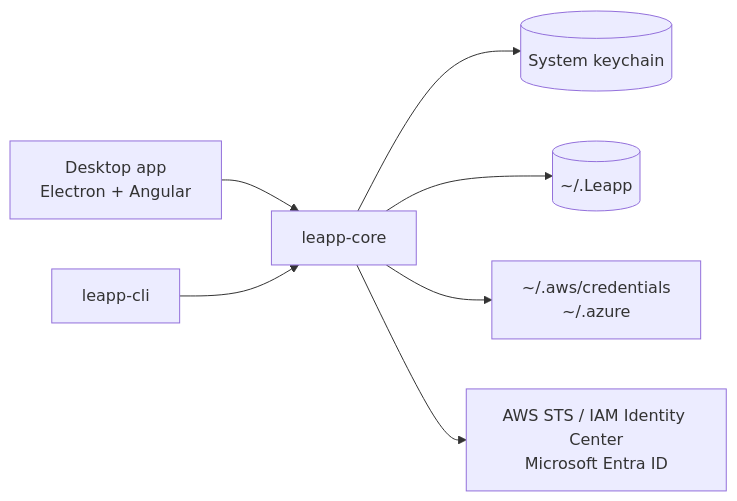
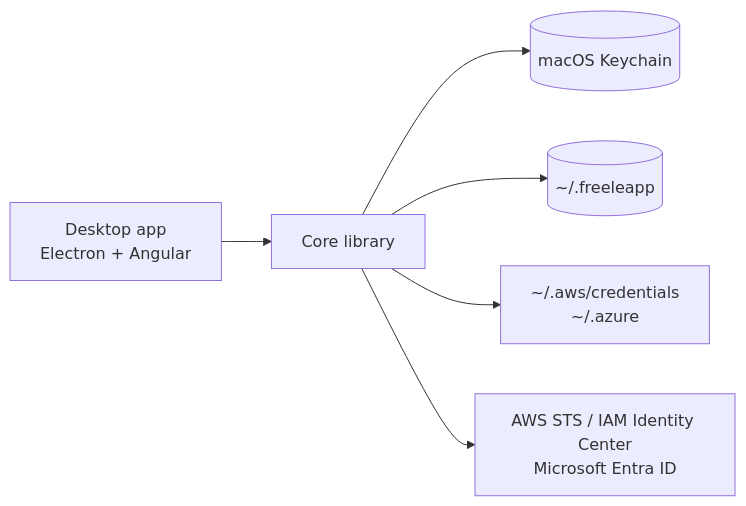
Before and after one commit to sergioarojasm98/freeleapp: the diagram in README.md, drawn with Mermaid. The commit also changed other lines of this file and 3 other files, not shown here.

````diff
--- a/README.md
+++ b/README.md
@@ -22,9 +23,8 @@
 ```mermaid
 flowchart LR
-    UI[Desktop app<br/>Electron + Angular] --> Core[leapp-core]
-    CLI[leapp-cli] --> Core
-    Core --> Vault[(System keychain)]
-    Core --> Cfg[(~/.Leapp)]
+    UI[Desktop app<br/>Electron + Angular] --> Core[Core library]
+    Core --> Vault[(macOS Keychain)]
+    Core --> Cfg[(~/.freeleapp)]
     Core --> Creds[~/.aws/credentials<br/>~/.azure]
     Core --> Cloud[AWS STS / IAM Identity Center<br/>Microsoft Entra ID]
 ```
````
